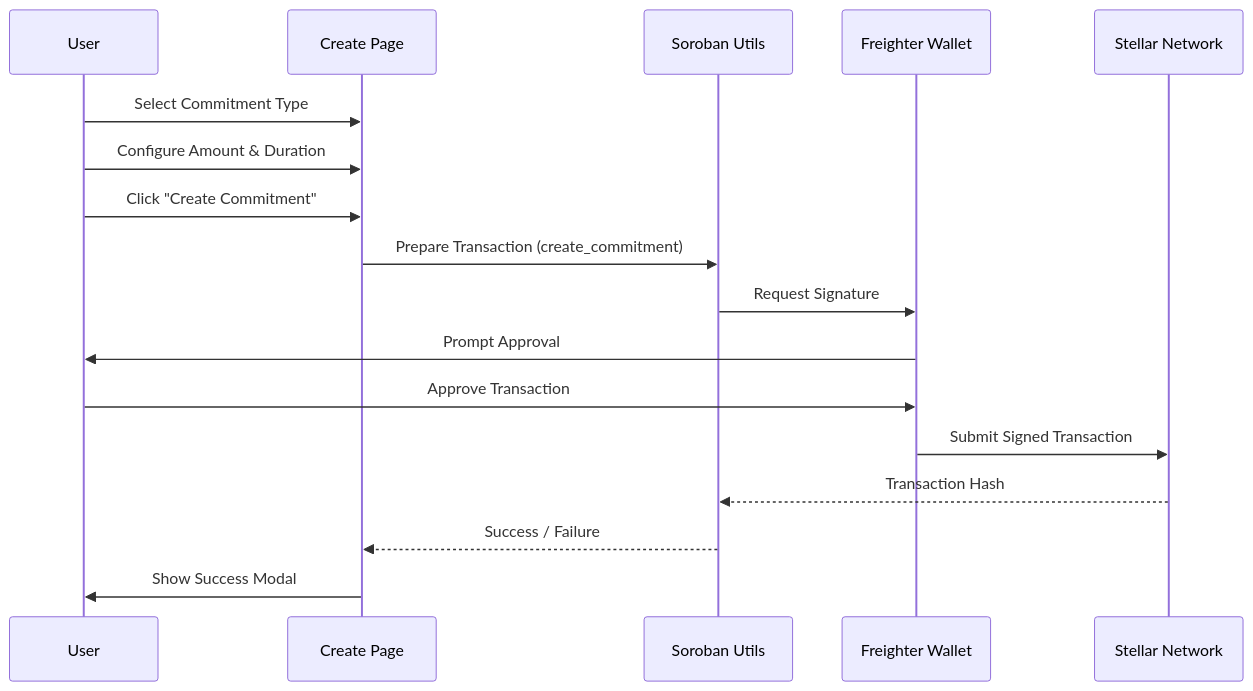
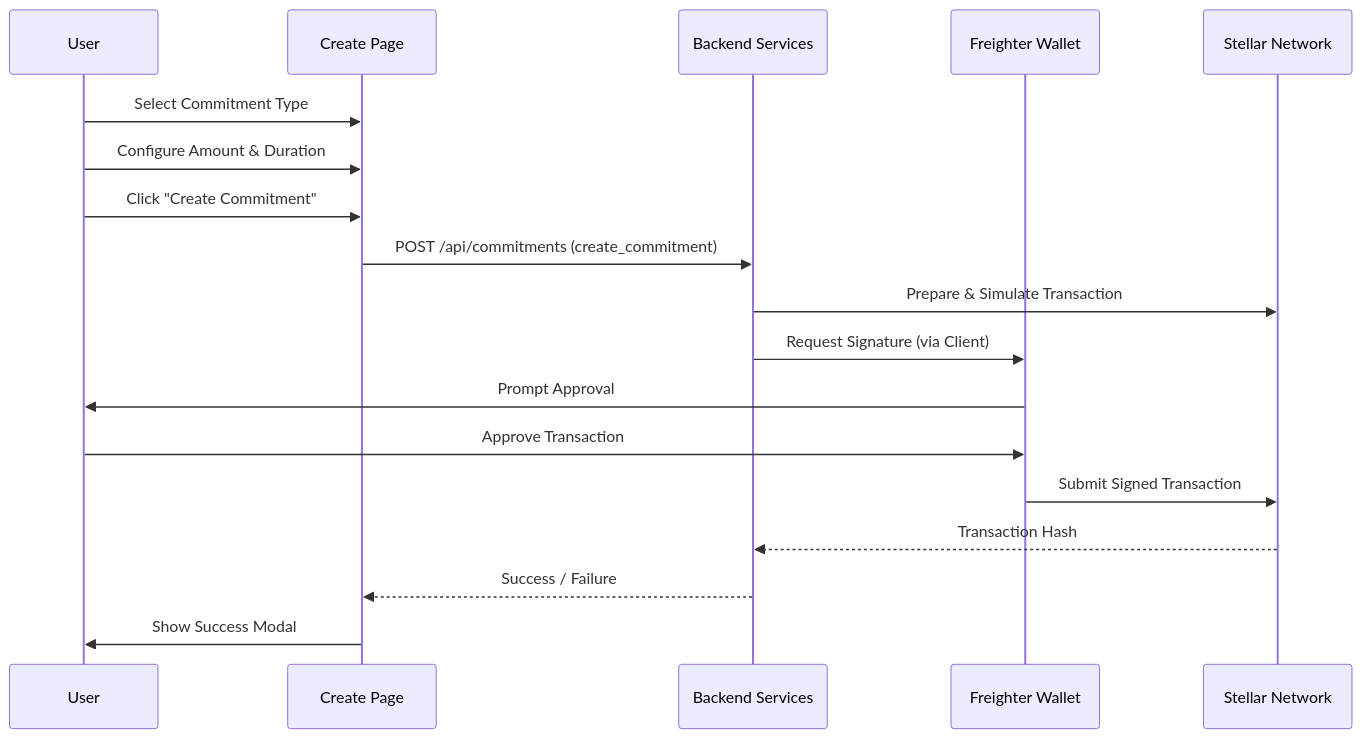
One commit to Commitlabs-Org/Commitlabs-Frontend changed the second of 2 diagrams in ARCHITECTURE.md. Above: the diagram before and after it, drawn with Mermaid. The commit also changed other lines of this file and 6 other files, not shown here.

````diff
--- a/ARCHITECTURE.md
+++ b/ARCHITECTURE.md
@@ -83,20 +84,21 @@
 ```mermaid
 sequenceDiagram
     participant User
     participant UI as Create Page
-    participant Utils as Soroban Utils
+    participant Backend as Backend Services
     participant Wallet as Freighter Wallet
     participant Chain as Stellar Network
 
     User->>UI: Select Commitment Type
     User->>UI: Configure Amount & Duration
     User->>UI: Click "Create Commitment"
-    UI->>Utils: Prepare Transaction (create_commitment)
-    Utils->>Wallet: Request Signature
+    UI->>Backend: POST /api/commitments (create_commitment)
+    Backend->>Chain: Prepare & Simulate Transaction
+    Backend->>Wallet: Request Signature (via Client)
     Wallet->>User: Prompt Approval
     User->>Wallet: Approve Transaction
     Wallet->>Chain: Submit Signed Transaction
-    Chain-->>Utils: Transaction Hash
-    Utils-->>UI: Success / Failure
+    Chain-->>Backend: Transaction Hash
+    Backend-->>UI: Success / Failure
     UI->>User: Show Success Modal
 ```
````
